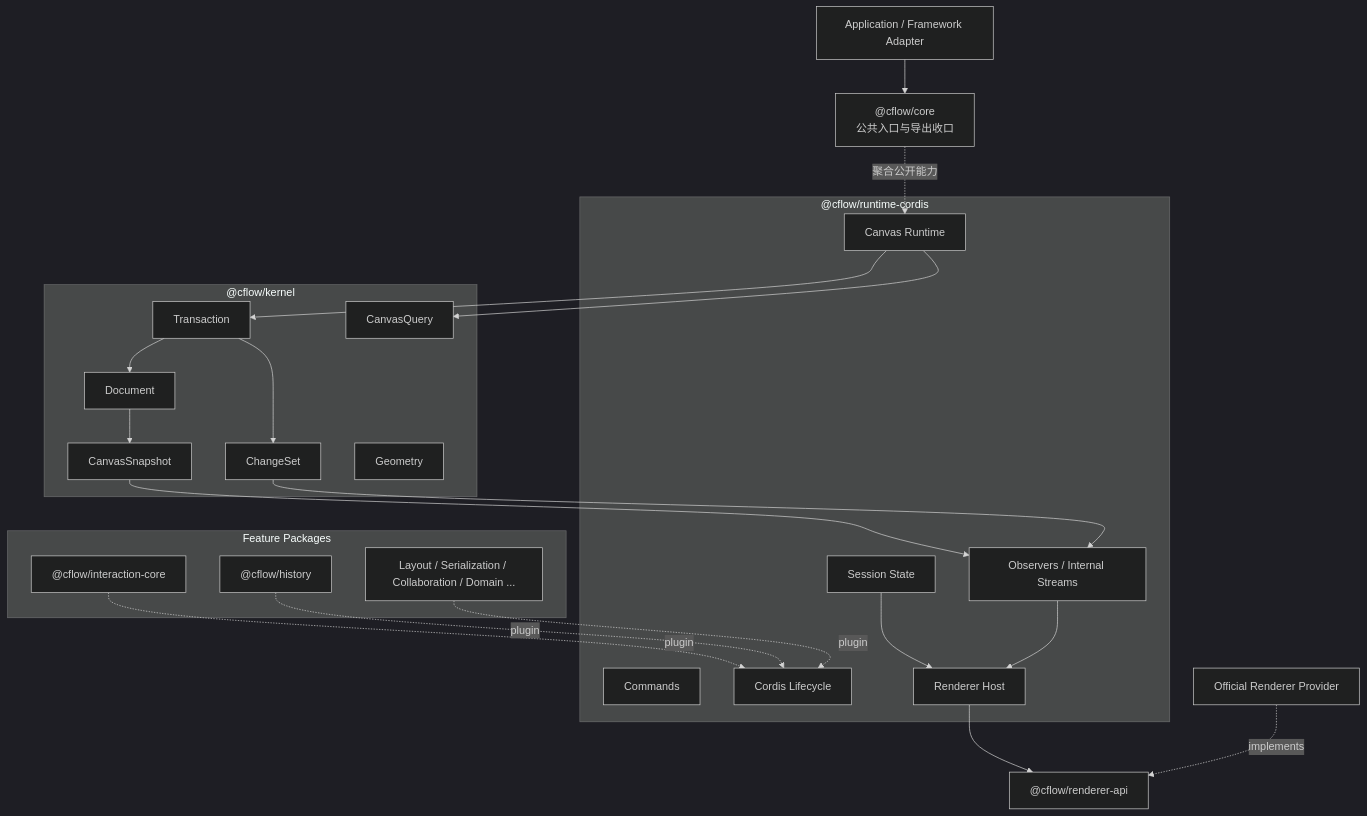
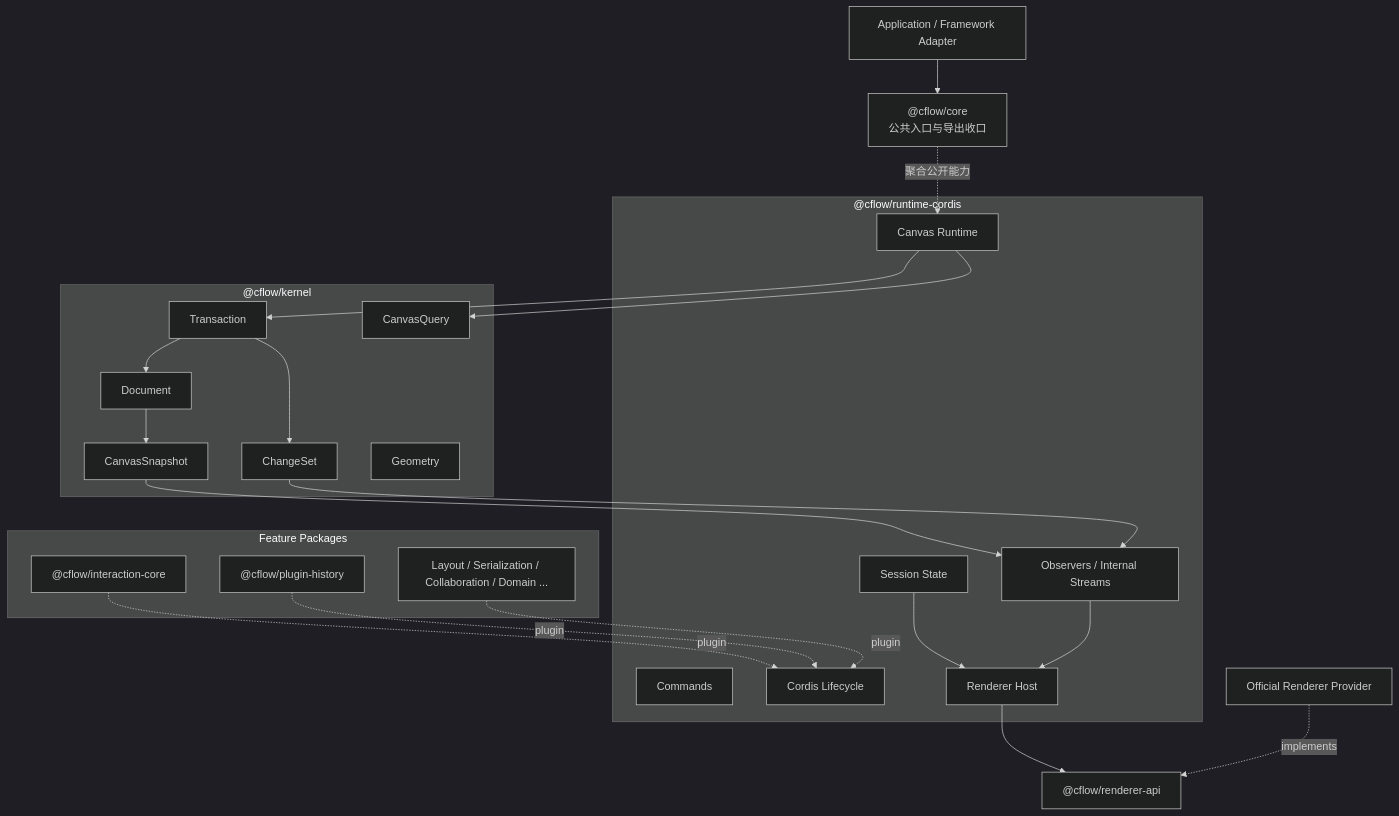
One commit to ZWkang/nodebraid changed the diagram in docs/architecture-baseline-v0.md. Above: the diagram before and after it, drawn with Mermaid (dark theme). The commit also changed other lines of this file and 11 other files, not shown here.

Commit message:
docs: define History Runtime Plugin design

````diff
--- a/docs/architecture-baseline-v0.md
+++ b/docs/architecture-baseline-v0.md
@@ -33,49 +33,49 @@
 ```mermaid
 flowchart TB
     Application["Application / Framework Adapter"]
     Core["@cflow/core<br/>公共入口与导出收口"]
 
     subgraph Runtime["@cflow/runtime-cordis"]
         Canvas["Canvas Runtime"]
         Commands["Commands"]
         Session["Session State"]
         Lifecycle["Cordis Lifecycle"]
         Observers["Observers / Internal Streams"]
         RendererHost["Renderer Host"]
     end
 
     subgraph Kernel["@cflow/kernel"]
         Document["Document"]
         Transaction["Transaction"]
         Snapshot["CanvasSnapshot"]
         Query["CanvasQuery"]
         ChangeSet["ChangeSet"]
         Geometry["Geometry"]
     end
 
     RendererAPI["@cflow/renderer-api"]
     RendererProvider["Official Renderer Provider"]
 
     subgraph Features["Feature Packages"]
         Interaction["@cflow/interaction-core"]
-        History["@cflow/history"]
+        History["@cflow/plugin-history"]
         Optional["Layout / Serialization / Collaboration / Domain ..."]
     end
 
     Application --> Core
     Core -. "聚合公开能力" .-> Canvas
     Canvas --> Transaction
     Canvas --> Query
     Transaction --> Document
     Document --> Snapshot
     Transaction --> ChangeSet
     Snapshot --> Observers
     ChangeSet --> Observers
     Session --> RendererHost
     Observers --> RendererHost
     RendererHost --> RendererAPI
     RendererProvider -. "implements" .-> RendererAPI
     Interaction -. "plugin" .-> Lifecycle
     History -. "plugin" .-> Lifecycle
     Optional -. "plugin" .-> Lifecycle
 ```
````
